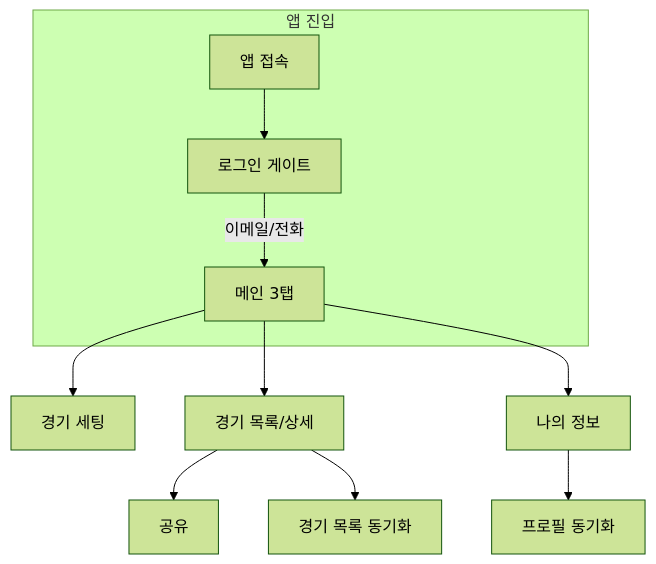
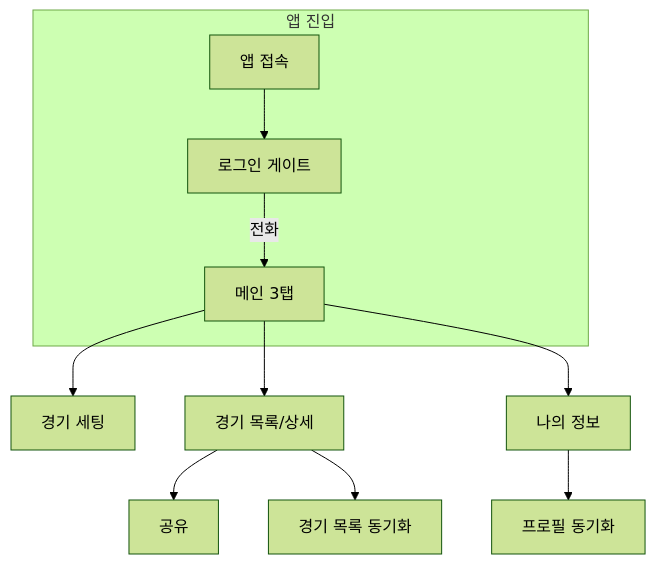
The first of 8 diagrams in docs/README.md (songdaeil/badminton-app), drawn with Mermaid (forest theme) before and after one commit. The commit also changed other lines of this file and 4 other files, not shown here.

````diff
--- a/docs/README.md
+++ b/docs/README.md
@@ -48,16 +48,16 @@
 ```mermaid
 flowchart TB
   subgraph entry [앱 진입]
     Start[앱 접속]
     Gate[로그인 게이트]
     Main[메인 3탭]
   end
   Start --> Gate
-  Gate -->|이메일/전화| Main
+  Gate -->|전화| Main
   Main --> Setting[경기 세팅]
   Main --> Record[경기 목록/상세]
   Main --> MyInfo[나의 정보]
   MyInfo --> ProfileSync[프로필 동기화]
   Record --> Share[공유]
   Record --> ListSync[경기 목록 동기화]
 ```
````
